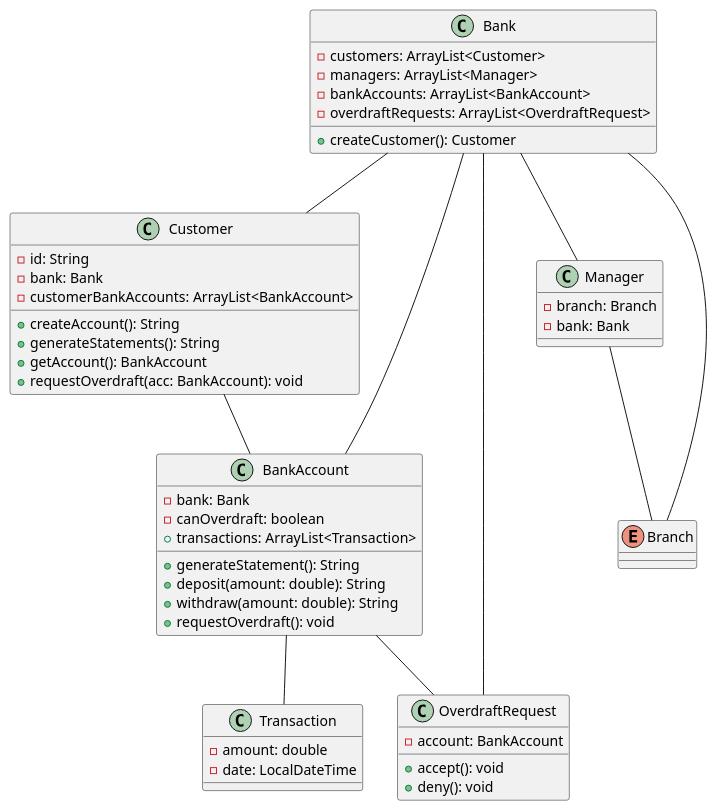
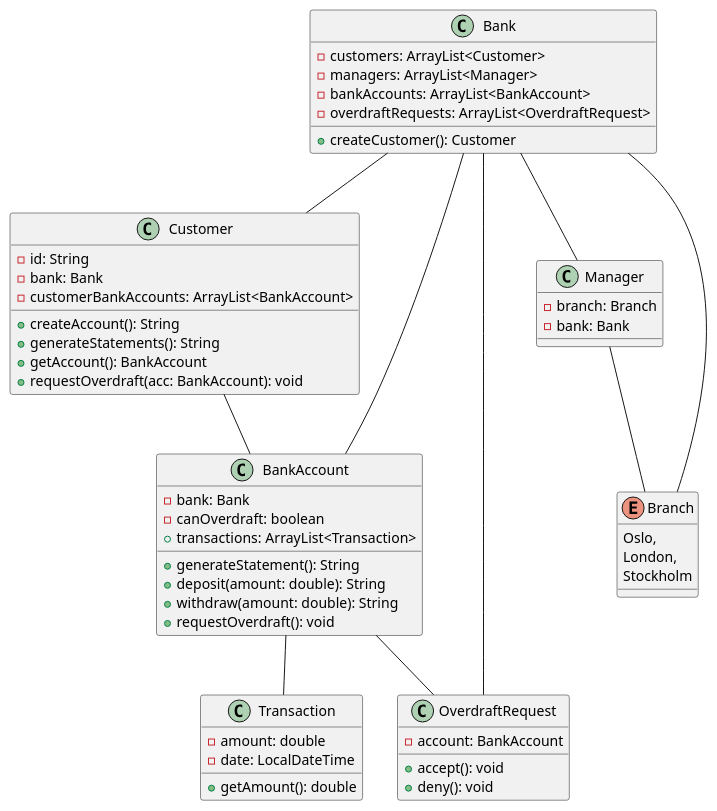
One commit to boolean-uk/java-tdd-oop-bank-challenge changed the diagram in DomainModel.puml. Above: the diagram before and after it, drawn with PlantUML. The commit also changed 6 other files, not shown here.

```diff
--- a/DomainModel.puml
+++ b/DomainModel.puml
@@ -1,67 +1,68 @@
 @startuml
 class Customer{
     - id: String
     - bank: Bank
     - customerBankAccounts: ArrayList<BankAccount>
     + createAccount(): String
     + generateStatements(): String
     + getAccount(): BankAccount
     + requestOverdraft(acc: BankAccount): void
 }
 Customer -- BankAccount
 
 class BankAccount{
     - bank: Bank
     - canOverdraft: boolean
     + transactions: ArrayList<Transaction>
     + generateStatement(): String
     + deposit(amount: double): String
     + withdraw(amount: double): String
     + requestOverdraft(): void
 }
 
 BankAccount -- Transaction
 BankAccount -- OverdraftRequest
 
 
 class OverdraftRequest{
     - account: BankAccount
     + accept(): void
     + deny(): void
 }
 
 
 class Transaction{
     -amount: double
     -date: LocalDateTime
+    +getAmount(): double
 }
 
 class Bank{
     - customers: ArrayList<Customer>
     - managers: ArrayList<Manager>
     - bankAccounts: ArrayList<BankAccount>
     - overdraftRequests: ArrayList<OverdraftRequest>
     + createCustomer(): Customer
 }
 Bank -- Customer
 Bank -- Manager
 Bank -- BankAccount
 Bank -- OverdraftRequest
 Bank -- Branch
 
 
-
-
-
-
 class Manager{
     - branch: Branch
     - bank: Bank
 
 
 }
 Manager -- Branch
 
-enum Branch{}
+enum Branch{
+    Oslo,
+    London,
+    Stockholm
+}
 
 @enduml
```
